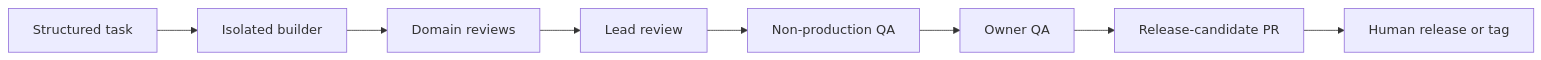
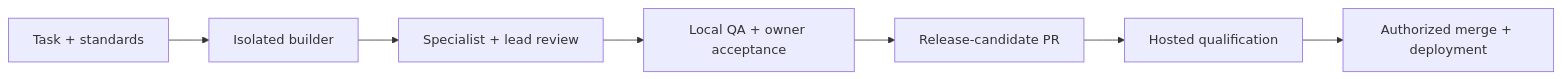
The diagram in README.md (magic2goodil/studioops), drawn with Mermaid before and after one commit. The commit also changed other lines of this file and 53 other files, not shown here.

Commit message:
Refresh shareable documentation, UML and distribution privacy boundaries

````diff
--- a/README.md
+++ b/README.md
@@ -29,10 +26,9 @@
 ```mermaid
 flowchart LR
-    A["Structured task"] --> B["Isolated builder"]
-    B --> C["Domain reviews"]
-    C --> D["Lead review"]
-    D --> E["Non-production QA"]
-    E --> F["Owner QA"]
-    F --> G["Release-candidate PR"]
-    G --> H["Human release or tag"]
+    A["Task + standards"] --> B["Isolated builder"]
+    B --> C["Specialist + lead review"]
+    C --> D["Local QA + owner acceptance"]
+    D --> E["Release-candidate PR"]
+    E --> F["Hosted qualification"]
+    F --> G["Authorized merge + deployment"]
 ```
````
